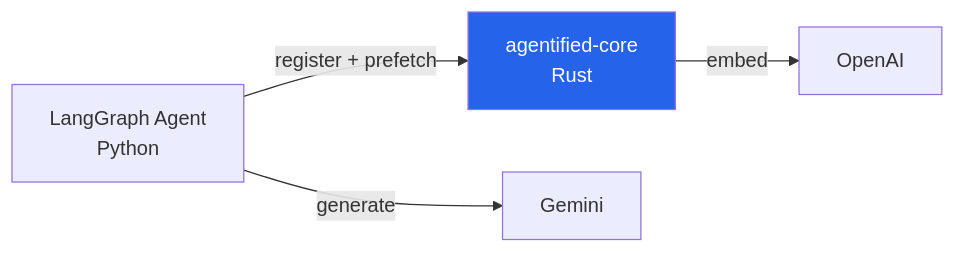
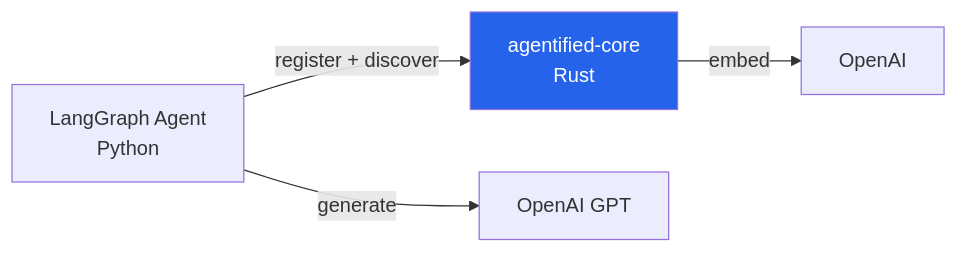
One commit to ratel-ai/ratel changed the diagram in docs/python/integrations/langgraph.md. Above: the diagram before and after it, drawn with Mermaid. The commit also changed other lines of this file and 42 other files, not shown here.

First line of the commit message:
feat: align Python SDK with TS hierarchy, add examples + benchmark agent

````diff
--- a/docs/python/integrations/langgraph.md
+++ b/docs/python/integrations/langgraph.md
@@ -7,8 +7,8 @@
 ```mermaid
 graph LR
-    A[LangGraph Agent<br/>Python] -->|register + prefetch| B[agentified-core<br/>Rust]
+    A[LangGraph Agent<br/>Python] -->|register + discover| B[agentified-core<br/>Rust]
     B -->|embed| C[OpenAI]
-    A -->|generate| D[Gemini]
+    A -->|generate| D[OpenAI GPT]
 
     style B fill:#2563eb,color:#fff
 ```
````
